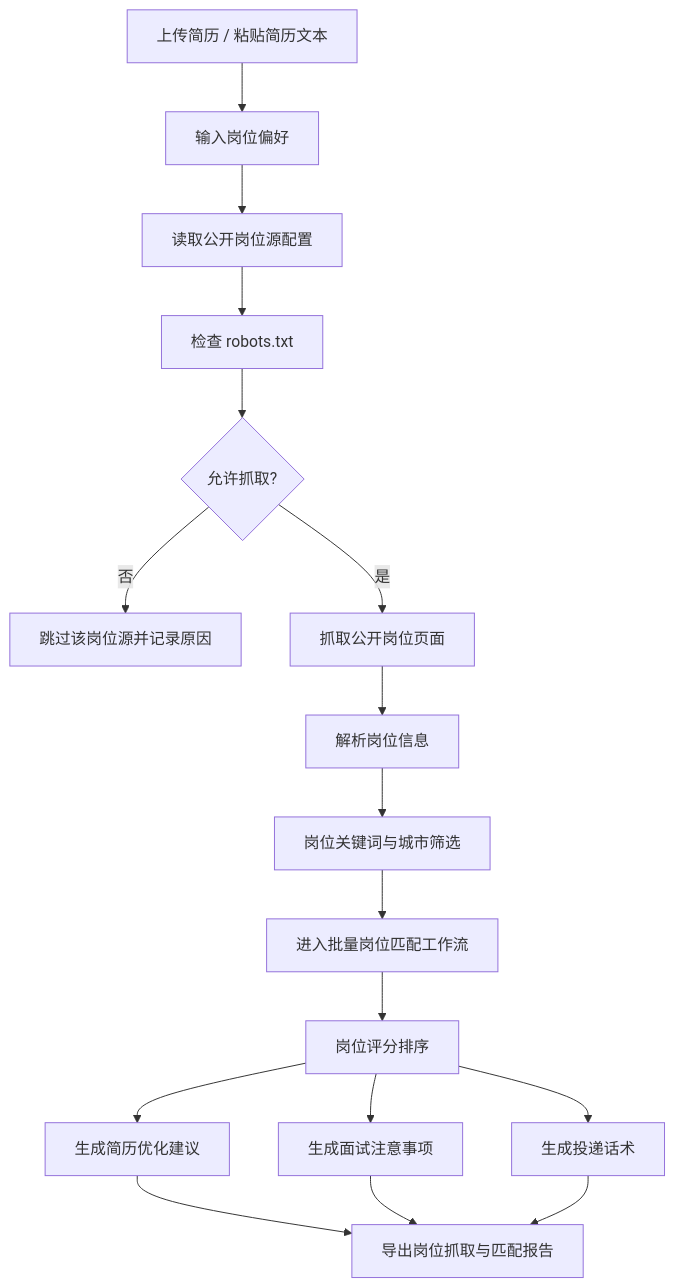
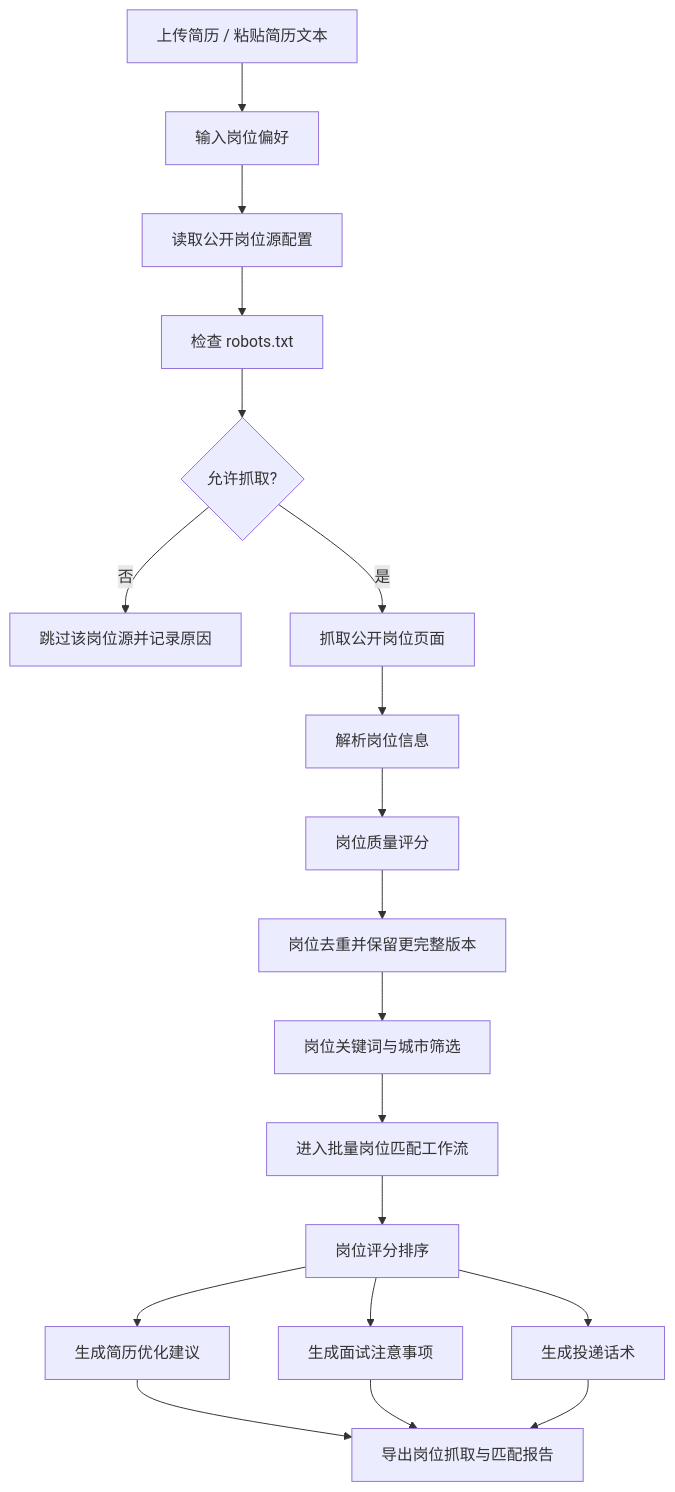
The third of 3 diagrams in README.md (Lxm9939/ai-job-match-resume-agent), drawn with Mermaid before and after one commit. The commit also changed other lines of this file and 11 other files, not shown here.

````diff
--- a/README.md
+++ b/README.md
@@ -103,19 +111,21 @@
 ```mermaid
 flowchart TD
     A[上传简历 / 粘贴简历文本] --> B[输入岗位偏好]
     B --> C[读取公开岗位源配置]
     C --> D[检查 robots.txt]
     D --> E{允许抓取?}
     E -- 否 --> F[跳过该岗位源并记录原因]
     E -- 是 --> G[抓取公开岗位页面]
     G --> H[解析岗位信息]
-    H --> I[岗位关键词与城市筛选]
+    H --> H1[岗位质量评分]
+    H1 --> H2[岗位去重并保留更完整版本]
+    H2 --> I[岗位关键词与城市筛选]
     I --> J[进入批量岗位匹配工作流]
     J --> K[岗位评分排序]
     K --> L[生成简历优化建议]
     K --> M[生成面试注意事项]
     K --> N[生成投递话术]
     L --> O[导出岗位抓取与匹配报告]
     M --> O
     N --> O
 ```
````
